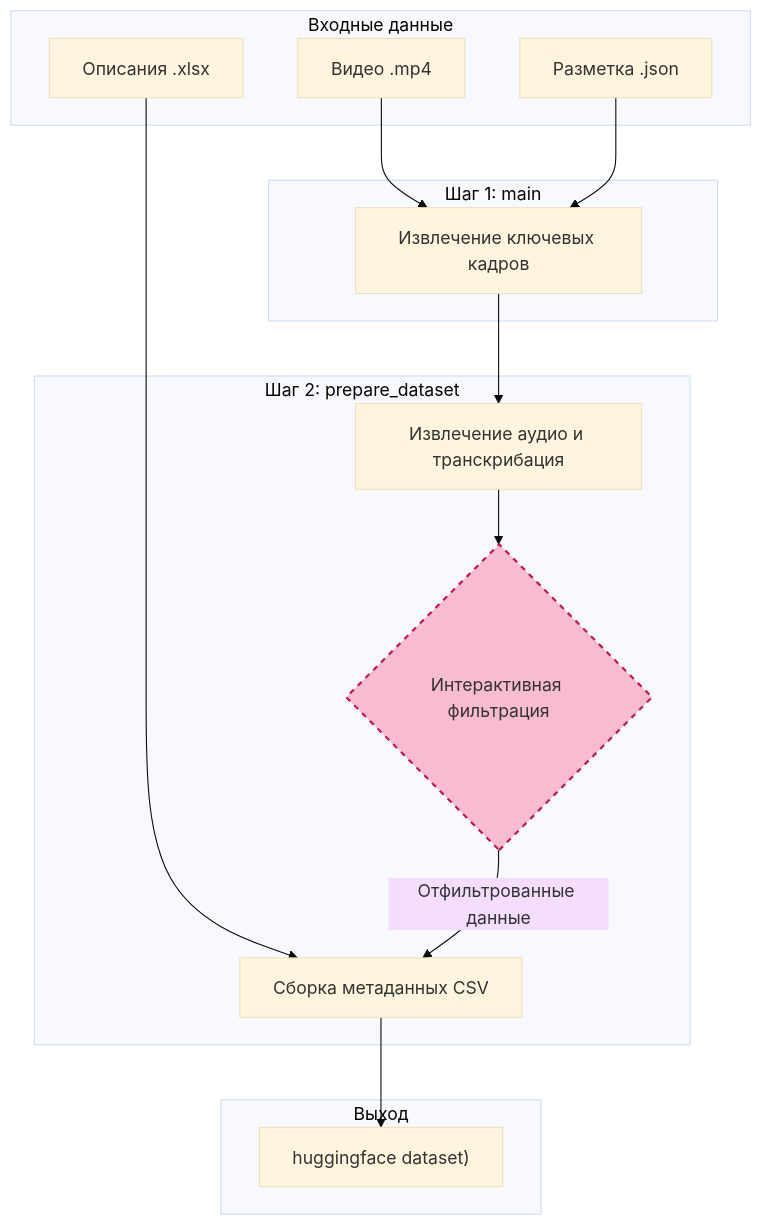
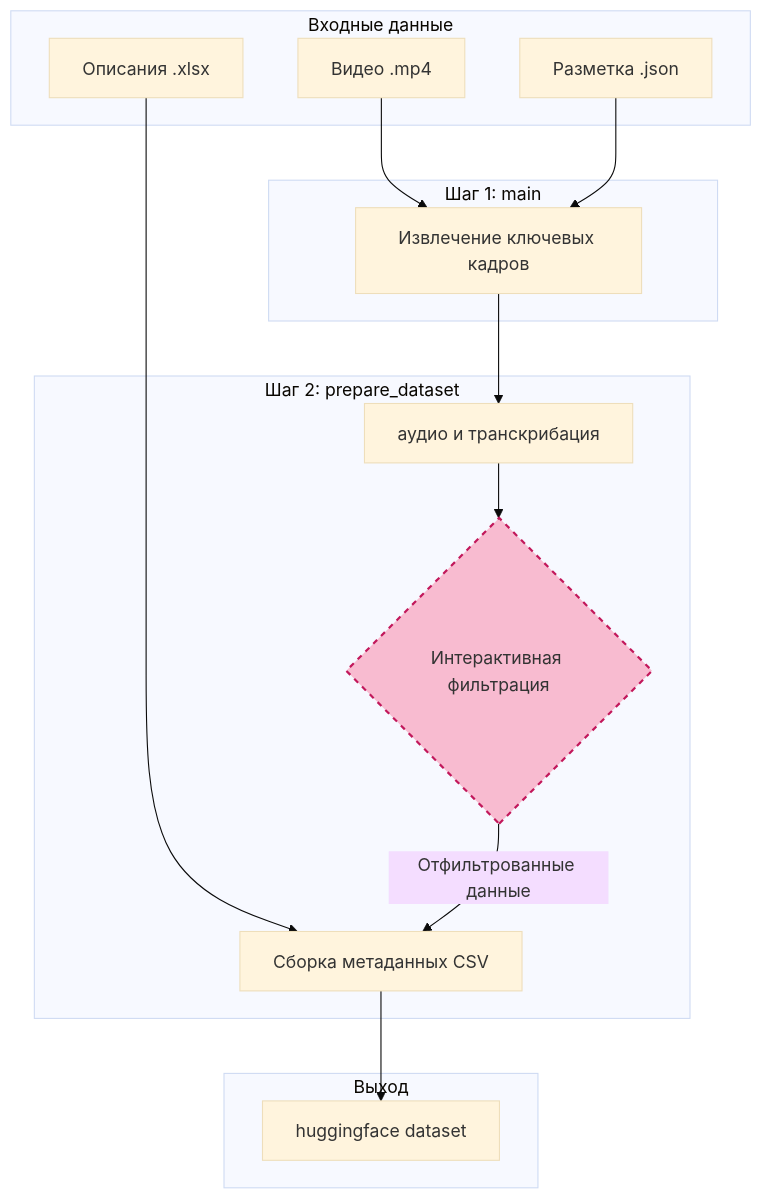
The second of 3 diagrams in readme.md (BosenkoTM/ppi_mgpu), drawn with Mermaid (base theme) before and after one commit. The commit also changed other lines of this file, not shown here.

````diff
--- a/readme.md
+++ b/readme.md
@@ -78,31 +78,31 @@
 ```mermaid
 graph TD
     subgraph "Входные данные"
         A["Видео .mp4"]
         B["Разметка .json"]
         C["Описания .xlsx"]
     end
 
     subgraph "Шаг 1: main"
         D["Извлечение ключевых кадров"]
     end
 
     subgraph "Шаг 2: prepare_dataset"
-        F["Извлечение аудио и транскрибация"]
+        F["аудио и транскрибация"]
         G{"Интерактивная фильтрация"}
         H["Сборка метаданных CSV"]
     end
     
     subgraph "Выход"
-        I["huggingface dataset)"]
+        I["huggingface dataset"]
     end
 
     A & B --> D
     D --> F
     C --> H
     F --> G
     G -- "Отфильтрованные данные" --> H
     H --> I
 
     style G fill:#f8bbd0,stroke:#c2185b,stroke-width:2px,stroke-dasharray: 5 5
 ```
````
